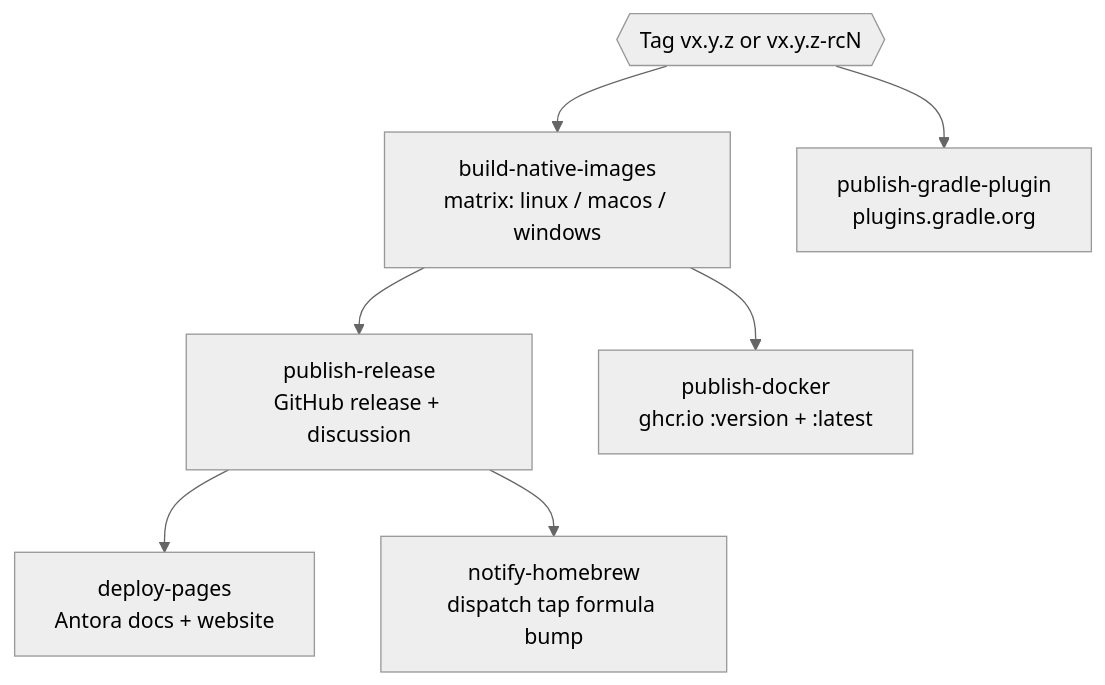
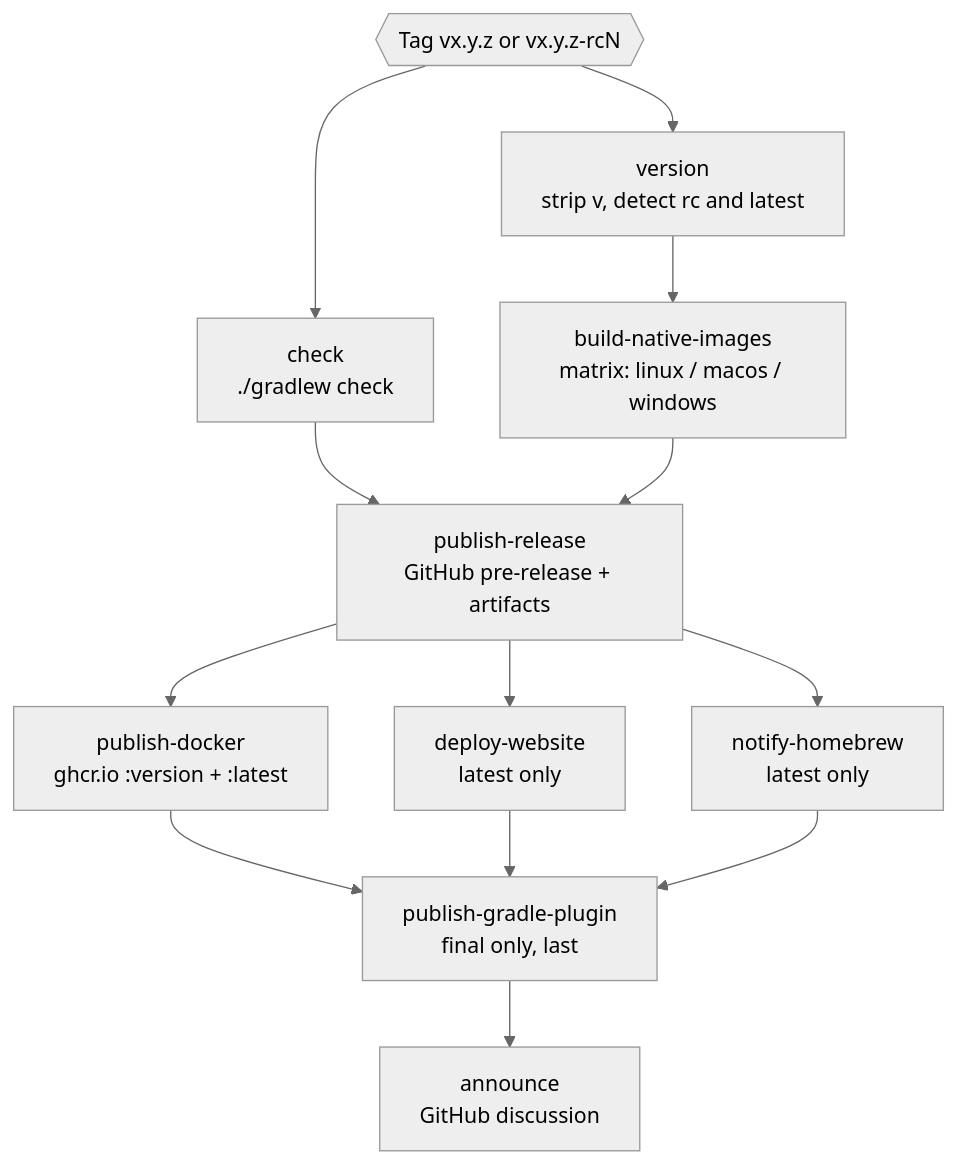
The second of 3 diagrams in devdoc/GitHub-Action-Pipelines.md (vulnlog/vulnlog), drawn with Mermaid (neutral theme) before and after one commit. The commit also changed other lines of this file and 9 other files, not shown here.

````diff
--- a/devdoc/GitHub-Action-Pipelines.md
+++ b/devdoc/GitHub-Action-Pipelines.md
@@ -64,10 +69,16 @@
 ```mermaid
 flowchart TD
     TAG{{Tag vx.y.z or vx.y.z-rcN}}
-    TAG --> BNI[build-native-images<br/>matrix: linux / macos / windows]
-    BNI --> PR2[publish-release<br/>GitHub release + discussion]
-    PR2 --> DP[deploy-pages<br/>Antora docs + website]
-    PR2 --> NHB[notify-homebrew<br/>dispatch tap formula bump]
-    BNI --> PDR[publish-docker<br/>ghcr.io :version + :latest]
-    TAG --> PGP[publish-gradle-plugin<br/>plugins.gradle.org]
+    TAG --> VER[version<br/>strip v, detect rc and latest]
+    TAG --> CHK[check<br/>./gradlew check]
+    VER --> BNI[build-native-images<br/>matrix: linux / macos / windows]
+    CHK --> REL[publish-release<br/>GitHub pre-release + artifacts]
+    BNI --> REL
+    REL --> PDR[publish-docker<br/>ghcr.io :version + :latest]
+    REL --> DW[deploy-website<br/>latest only]
+    REL --> NHB[notify-homebrew<br/>latest only]
+    PDR --> PGP[publish-gradle-plugin<br/>final only, last]
+    DW --> PGP
+    NHB --> PGP
+    PGP --> ANN[announce<br/>GitHub discussion]
 ```
````
